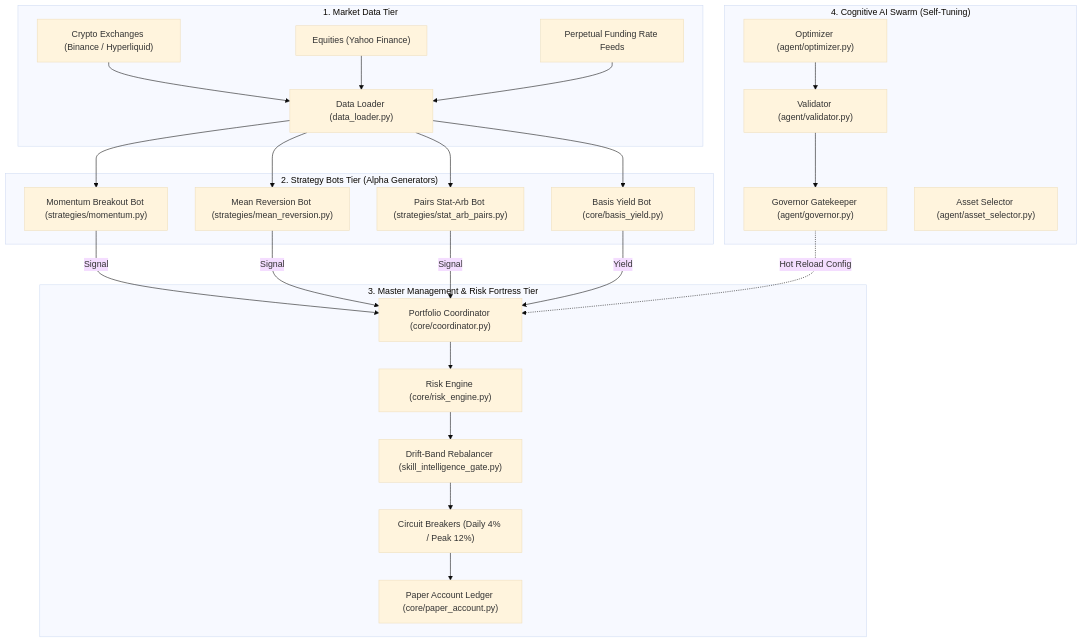
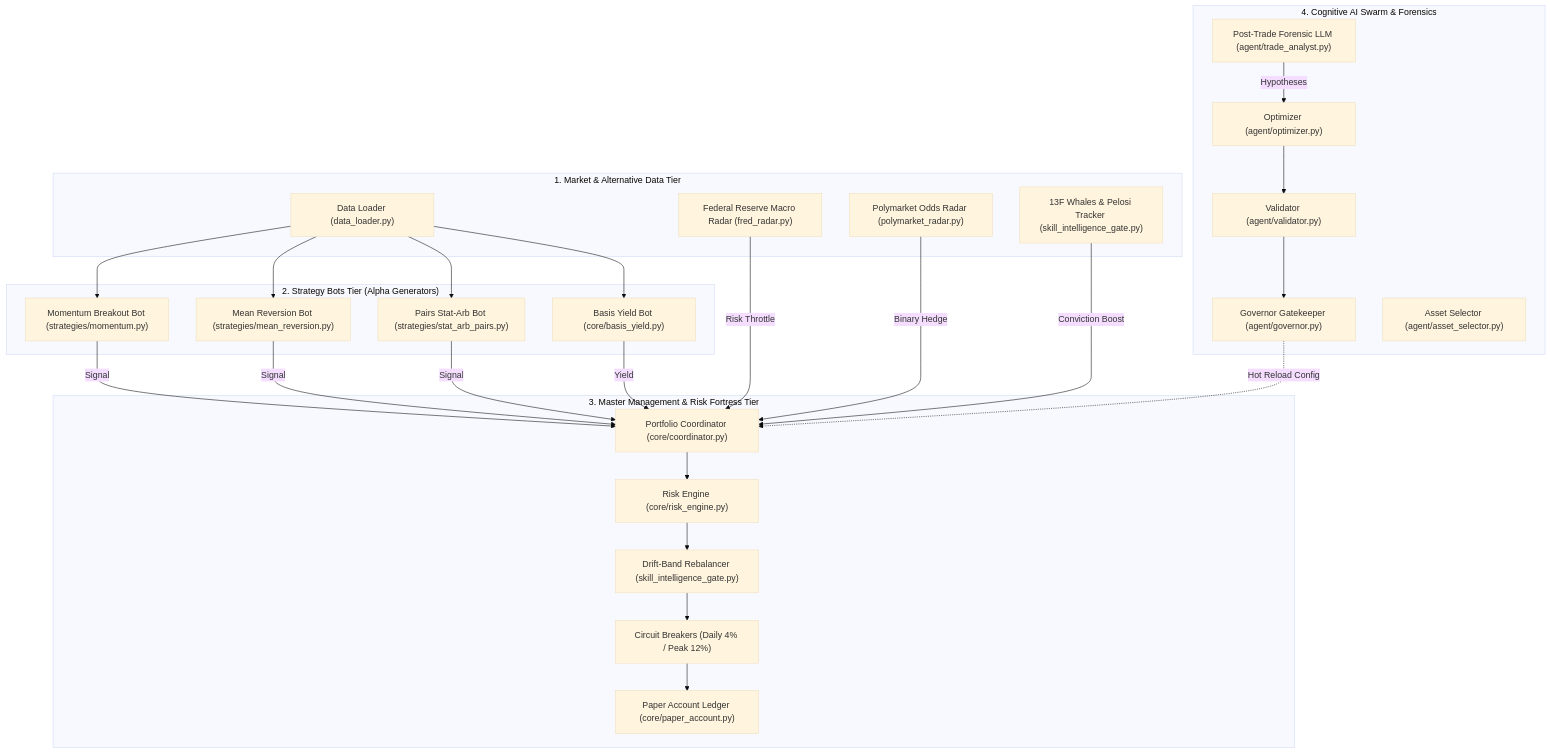
One commit to iShmuel/web4-trading-agent changed the first of 4 diagrams in docs/SYSTEM_WALKTHROUGH.md. Above: the diagram before and after it, drawn with Mermaid (base theme). The commit also changed other lines of this file, not shown here.

Commit message:
docs: add macro radars, institutional stress testing, and LLM forensics to walkthrough

````diff
--- a/docs/SYSTEM_WALKTHROUGH.md
+++ b/docs/SYSTEM_WALKTHROUGH.md
@@ -28,52 +31,54 @@
 ```mermaid
 flowchart TD
-    subgraph DataTier ["1. Market Data Tier"]
+    subgraph DataTier ["1. Market & Alternative Data Tier"]
         DL["Data Loader (data_loader.py)"]
-        CCXT["Crypto Exchanges (Binance / Hyperliquid)"]
-        YF["Equities (Yahoo Finance)"]
-        FR["Perpetual Funding Rate Feeds"]
-        CCXT --> DL
-        YF --> DL
-        FR --> DL
+        FRED["Federal Reserve Macro Radar (fred_radar.py)"]
+        POLY["Polymarket Odds Radar (polymarket_radar.py)"]
+        SKILL["13F Whales & Pelosi Tracker (skill_intelligence_gate.py)"]
     end
 
     subgraph StrategyTier ["2. Strategy Bots Tier (Alpha Generators)"]
         MOM["Momentum Breakout Bot (strategies/momentum.py)"]
         MR["Mean Reversion Bot (strategies/mean_reversion.py)"]
         PAIRS["Pairs Stat-Arb Bot (strategies/stat_arb_pairs.py)"]
         BASIS["Basis Yield Bot (core/basis_yield.py)"]
         DL --> MOM
         DL --> MR
         DL --> PAIRS
         DL --> BASIS
     end
 
     subgraph ManagementTier ["3. Master Management & Risk Fortress Tier"]
         COORD["Portfolio Coordinator (core/coordinator.py)"]
         RISK["Risk Engine (core/risk_engine.py)"]
         REBAL["Drift-Band Rebalancer (skill_intelligence_gate.py)"]
         BOOK["Paper Account Ledger (core/paper_account.py)"]
         CIRCUIT["Circuit Breakers (Daily 4% / Peak 12%)"]
         
         MOM -->|Signal| COORD
         MR -->|Signal| COORD
         PAIRS -->|Signal| COORD
         BASIS -->|Yield| COORD
+        FRED -->|Risk Throttle| COORD
+        POLY -->|Binary Hedge| COORD
+        SKILL -->|Conviction Boost| COORD
         
         COORD --> RISK
         RISK --> REBAL
         REBAL --> CIRCUIT
         CIRCUIT --> BOOK
     end
 
-    subgraph CognitiveTier ["4. Cognitive AI Swarm (Self-Tuning)"]
+    subgraph CognitiveTier ["4. Cognitive AI Swarm & Forensics"]
         OPT["Optimizer (agent/optimizer.py)"]
         VAL["Validator (agent/validator.py)"]
         GOV["Governor Gatekeeper (agent/governor.py)"]
         ASSET["Asset Selector (agent/asset_selector.py)"]
+        ANALYST["Post-Trade Forensic LLM (agent/trade_analyst.py)"]
         
+        ANALYST -->|Hypotheses| OPT
         OPT --> VAL
         VAL --> GOV
         GOV -.->|Hot Reload Config| COORD
     end
 ```
````
